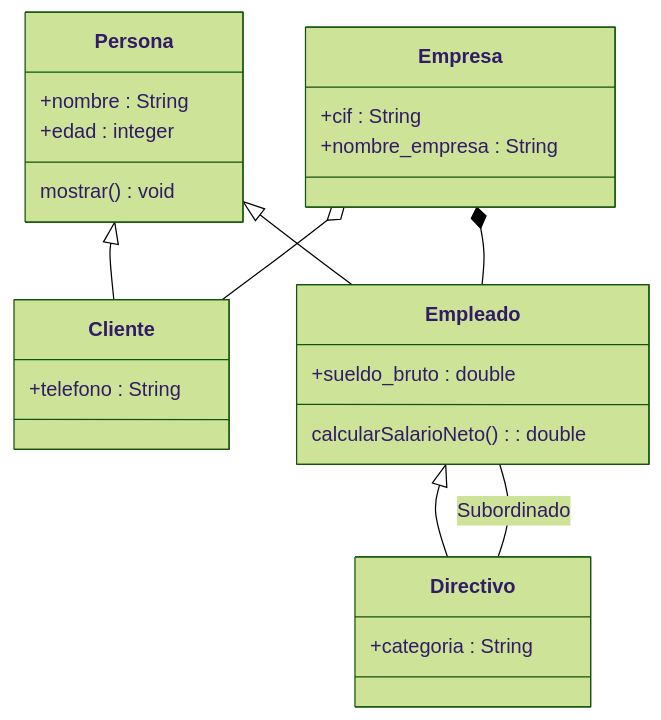
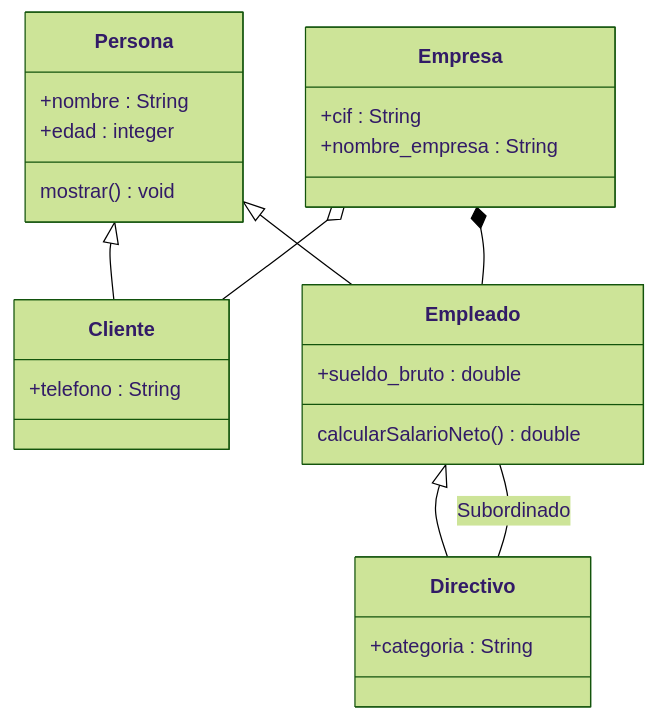
One commit to mgi007/CoverageJUnitENTORNOS_DESARROLLO changed the diagram in src/markdown/Practica1_Markdown.md. Above: the diagram before and after it, drawn with Mermaid (forest theme). The commit also changed 1 other file, not shown here.

Commit message:
Terminada la primera práctica de Markdown

````diff
--- a/src/markdown/Practica1_Markdown.md
+++ b/src/markdown/Practica1_Markdown.md
@@ -3,35 +3,35 @@
 ``` mermaid
 classDiagram
 
     Persona <|-- Cliente
     Persona <|-- Empleado
     Empleado <|-- Directivo
     
     Empresa o-- Cliente
     Empresa *-- Empleado
     Empleado -- Directivo : Subordinado
 
     class Persona {
         +nombre : String
         +edad : integer
         mostrar() void
     }
 
     class Empresa {
         +cif : String
         +nombre_empresa : String
     }
 
     class Empleado {
         +sueldo_bruto : double
-        calcularSalarioNeto() : double
+        calcularSalarioNeto() double
     }
 
     class Cliente {
         +telefono : String
     }
 
     class Directivo {
         +categoria : String
     }
 ```
````
